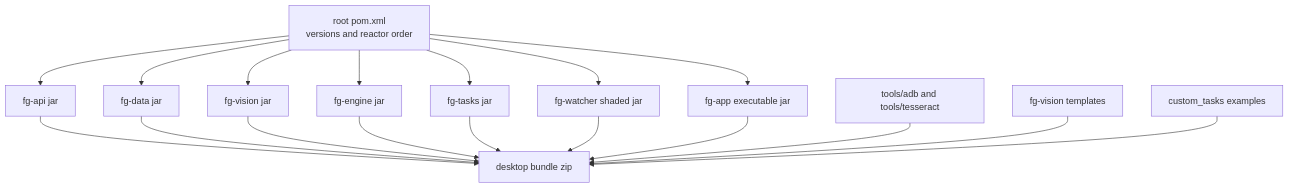
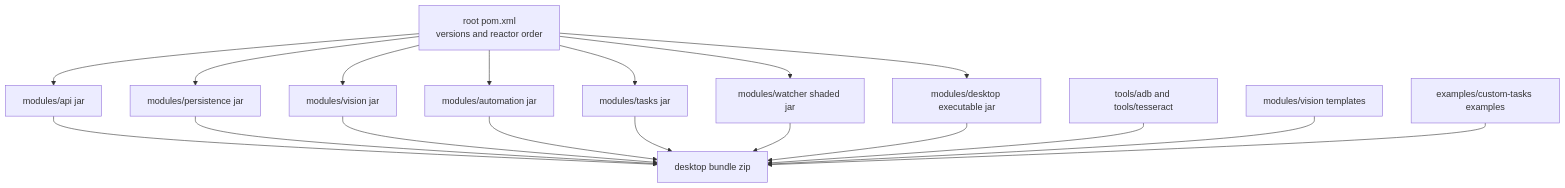
The fourth of 4 diagrams in docs/architecture.md (Shederator/wosbot), drawn with Mermaid before and after one commit. The commit also changed other lines of this file and 951 other files, not shown here.

````diff
--- a/docs/architecture.md
+++ b/docs/architecture.md
@@ -186,22 +201,22 @@
 ```mermaid
 flowchart TD
-    RootPom[root pom.xml<br/>versions and reactor order] --> ApiJar[fg-api jar]
-    RootPom --> DataJar[fg-data jar]
-    RootPom --> VisionJar[fg-vision jar]
-    RootPom --> EngineJar[fg-engine jar]
-    RootPom --> TasksJar[fg-tasks jar]
-    RootPom --> WatcherJar[fg-watcher shaded jar]
-    RootPom --> AppJar[fg-app executable jar]
+    RootPom[root pom.xml<br/>versions and reactor order] --> ApiJar[modules/api jar]
+    RootPom --> DataJar[modules/persistence jar]
+    RootPom --> VisionJar[modules/vision jar]
+    RootPom --> EngineJar[modules/automation jar]
+    RootPom --> TasksJar[modules/tasks jar]
+    RootPom --> WatcherJar[modules/watcher shaded jar]
+    RootPom --> AppJar[modules/desktop executable jar]
 
     ApiJar --> AppBundle[desktop bundle zip]
     DataJar --> AppBundle
     VisionJar --> AppBundle
     EngineJar --> AppBundle
     TasksJar --> AppBundle
     WatcherJar --> AppBundle
     AppJar --> AppBundle
 
     Tools[tools/adb and tools/tesseract] --> AppBundle
-    Templates[fg-vision templates] --> AppBundle
-    CustomTasks[custom_tasks examples] --> AppBundle
+    Templates[modules/vision templates] --> AppBundle
+    CustomTasks[examples/custom-tasks examples] --> AppBundle
 ```
````
